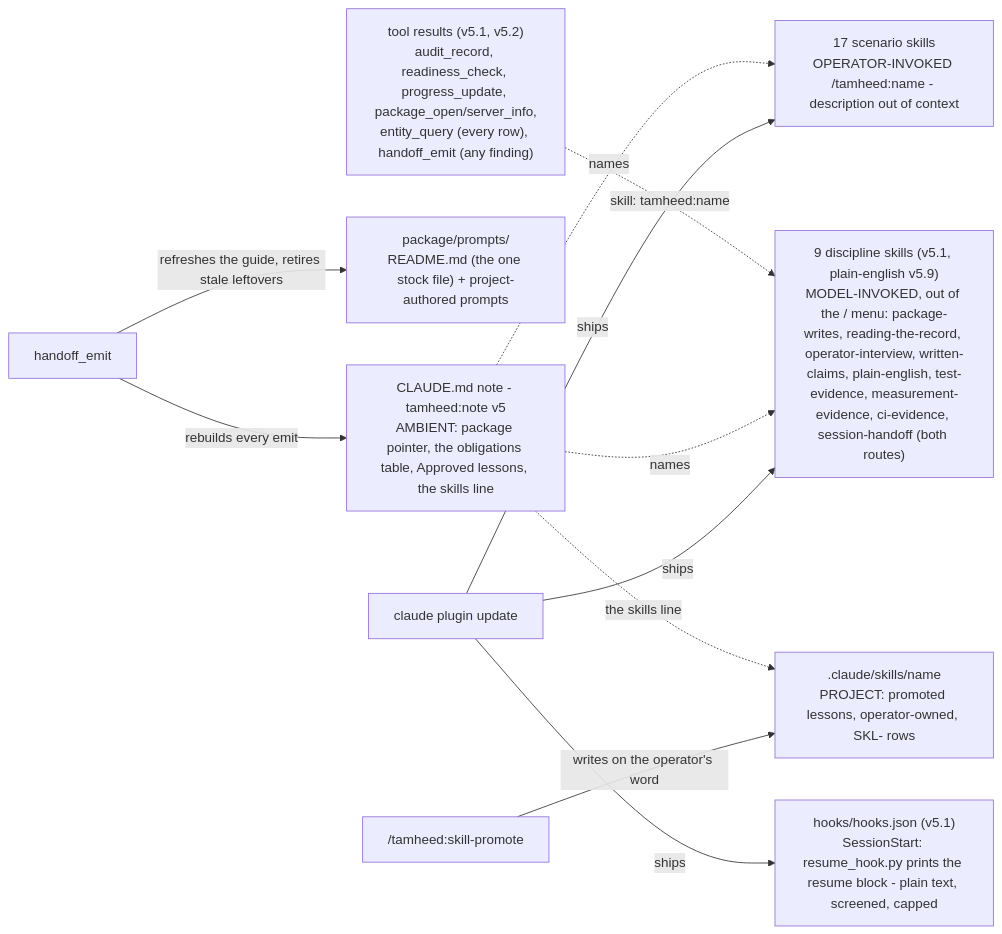
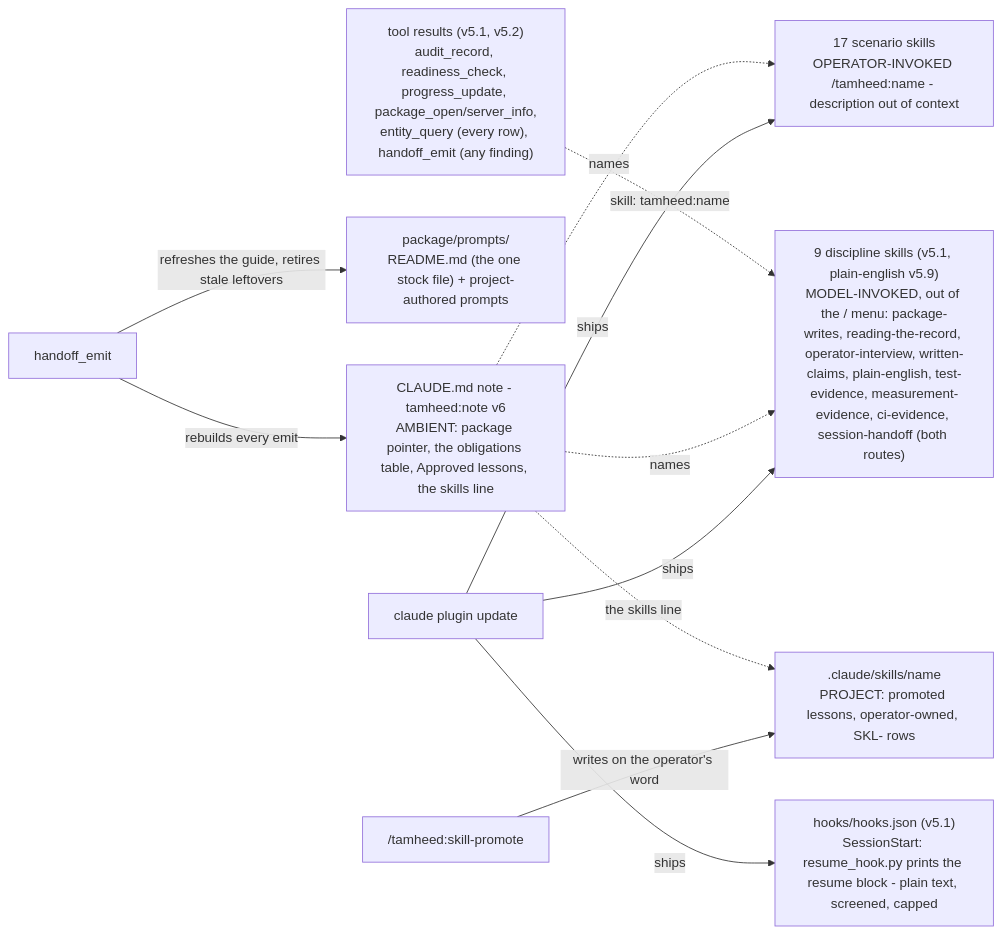
The third of 5 diagrams in docs/architecture.md (A-H-911/tamheed), drawn with Mermaid before and after one commit. The commit also changed 25 other files, not shown here.

````diff
--- a/docs/architecture.md
+++ b/docs/architecture.md
@@ -204,13 +204,13 @@
 ```mermaid
 flowchart LR
-    EMIT[handoff_emit] -->|rebuilds every emit| NOTE["CLAUDE.md note - tamheed:note v5<br/>AMBIENT: package pointer, the obligations table, Approved lessons, the skills line"]
+    EMIT[handoff_emit] -->|rebuilds every emit| NOTE["CLAUDE.md note - tamheed:note v6<br/>AMBIENT: package pointer, the obligations table, Approved lessons, the skills line"]
     EMIT -->|refreshes the guide, retires stale leftovers| GUIDE["package/prompts/<br/>README.md (the one stock file) + project-authored prompts"]
     UPD[claude plugin update] -->|ships| DISC["9 discipline skills (v5.1, plain-english v5.9)<br/>MODEL-INVOKED, out of the / menu: package-writes, reading-the-record, operator-interview, written-claims, plain-english, test-evidence, measurement-evidence, ci-evidence, session-handoff (both routes)"]
     UPD -->|ships| SCEN["17 scenario skills<br/>OPERATOR-INVOKED /tamheed:name - description out of context"]
     UPD -->|ships| HOOK["hooks/hooks.json (v5.1)<br/>SessionStart: resume_hook.py prints the resume block - plain text, screened, capped"]
     PROMO["/tamheed:skill-promote"] -->|writes on the operator's word| PROJ[".claude/skills/name<br/>PROJECT: promoted lessons, operator-owned, SKL- rows"]
     NOTE -.->|names| DISC
     NOTE -.->|names| SCEN
     NOTE -.->|the skills line| PROJ
     RES["tool results (v5.1, v5.2)<br/>audit_record, readiness_check, progress_update, package_open/server_info,<br/>entity_query (every row), handoff_emit (any finding)"] -.->|"skill: tamheed:name"| DISC
 ```
````
